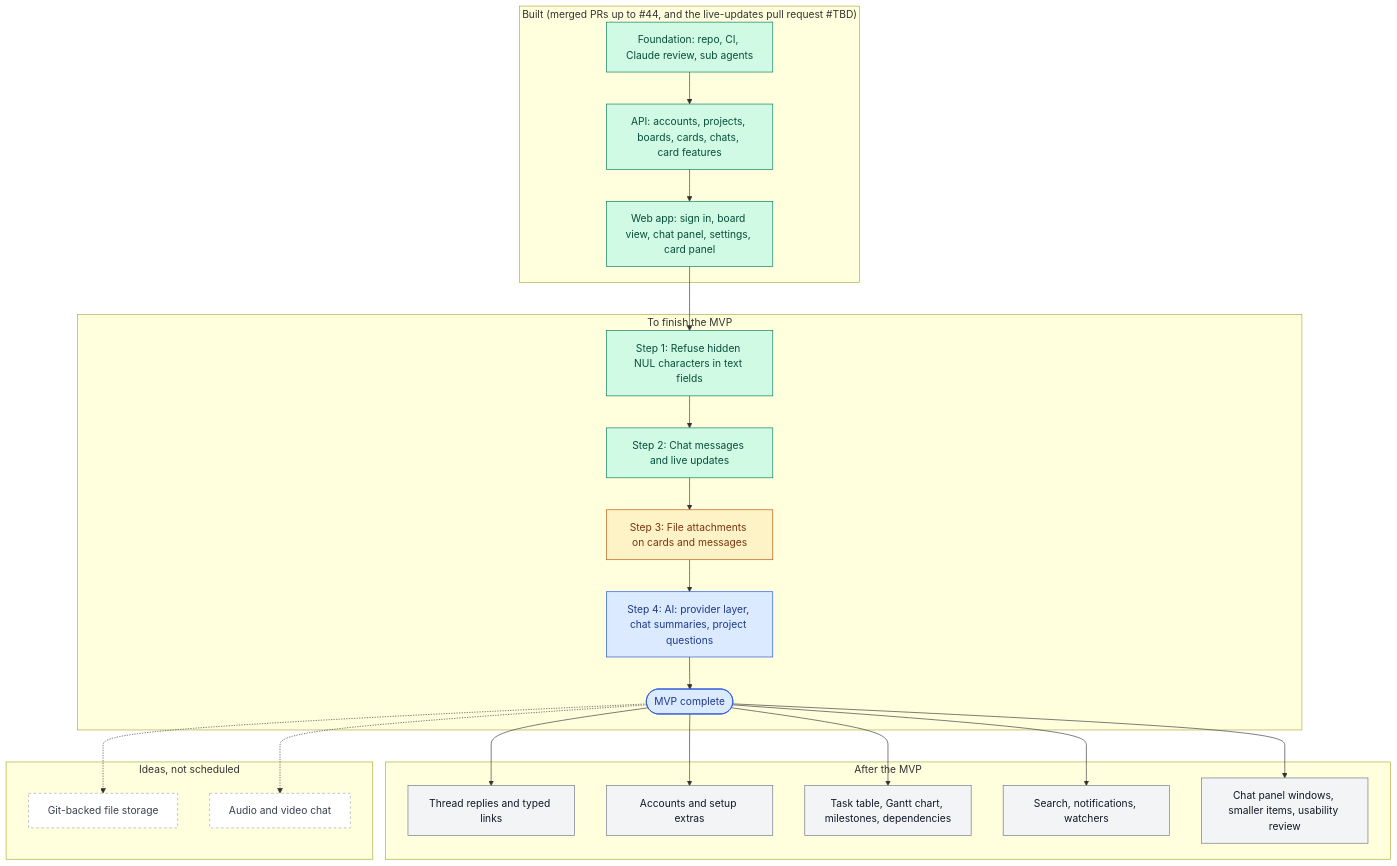
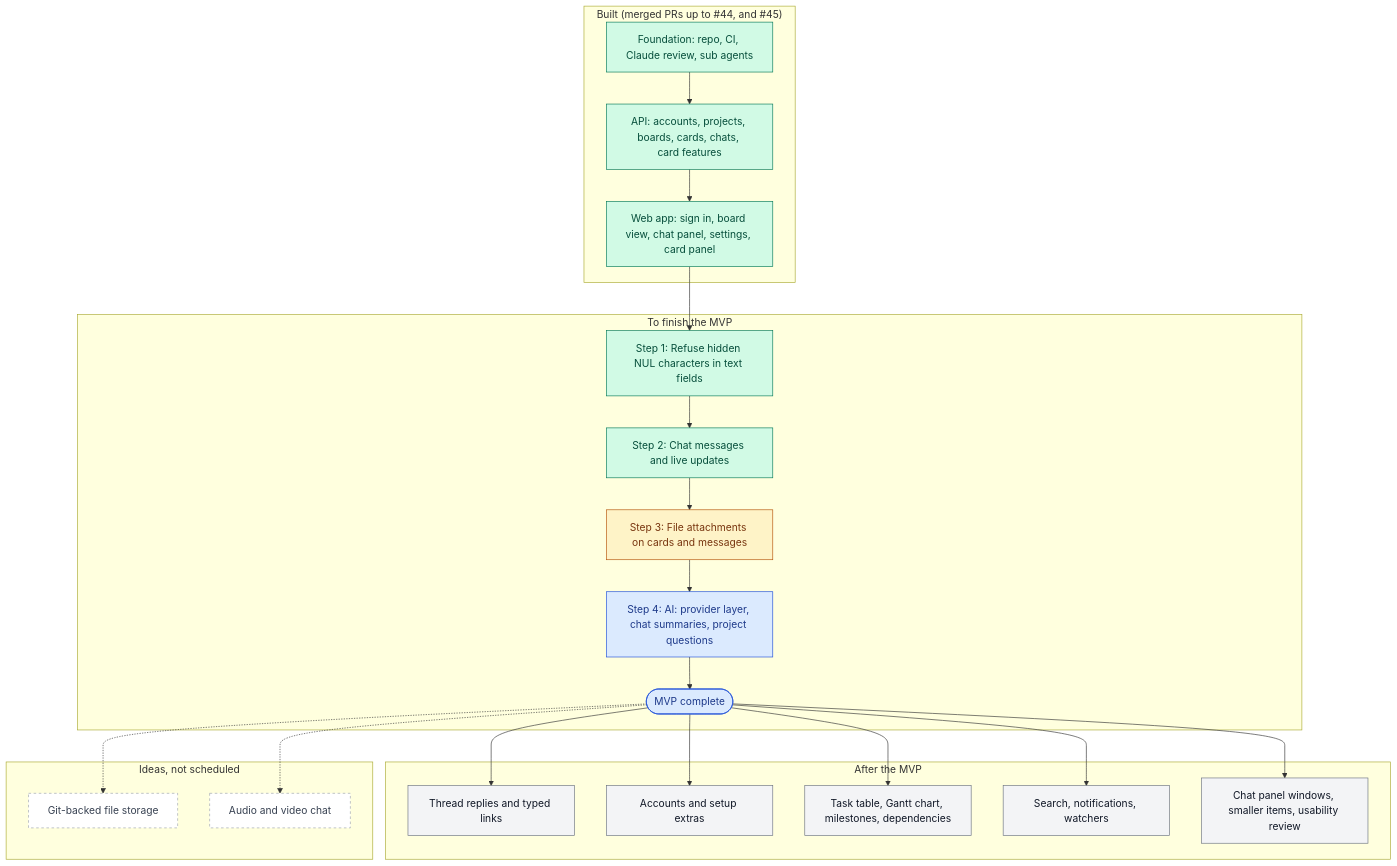
One commit to jongane/Tessera changed the diagram in docs/roadmap.md. Above: the diagram before and after it, drawn with Mermaid. The commit also changed other lines of this file, not shown here.

First line of the commit message:
docs: roadmap links the live-updates PR #45

````diff
--- a/docs/roadmap.md
+++ b/docs/roadmap.md
@@ -13,45 +13,45 @@
 ```mermaid
 flowchart TD
     classDef done fill:#d1fae5,stroke:#047857,color:#064e3b
     classDef next fill:#fef3c7,stroke:#b45309,color:#78350f
     classDef mvp fill:#dbeafe,stroke:#1d4ed8,color:#1e3a8a
     classDef later fill:#f3f4f6,stroke:#6b7280,color:#111827
     classDef idea fill:#ffffff,stroke:#9ca3af,color:#374151,stroke-dasharray: 4 4
 
-    subgraph Built["Built (merged PRs up to #44, and the live-updates pull request #TBD)"]
+    subgraph Built["Built (merged PRs up to #44, and #45)"]
         F[Foundation: repo, CI, Claude review, sub agents]
         A[API: accounts, projects, boards, cards, chats, card features]
         W[Web app: sign in, board view, chat panel, settings, card panel]
     end
 
     subgraph MVP["To finish the MVP"]
         N1[Step 1: Refuse hidden NUL characters in text fields]
         N2[Step 2: Chat messages and live updates]
         N3[Step 3: File attachments on cards and messages]
         N4[Step 4: AI: provider layer, chat summaries, project questions]
         R([MVP complete])
     end
 
     subgraph After["After the MVP"]
         L1[Thread replies and typed links]
         L2[Accounts and setup extras]
         L3[Task table, Gantt chart, milestones, dependencies]
         L4[Search, notifications, watchers]
         L5[Chat panel windows, smaller items, usability review]
     end
 
     subgraph Ideas["Ideas, not scheduled"]
         I1[Git-backed file storage]
         I2[Audio and video chat]
     end
 
     F --> A --> W --> N1 --> N2 --> N3 --> N4 --> R
     R --> L1 & L2 & L3 & L4 & L5
     R -.-> I1 & I2
 
     class F,A,W,N1,N2 done
     class N3 next
     class N4,R mvp
     class L1,L2,L3,L4,L5 later
     class I1,I2 idea
 ```
````
